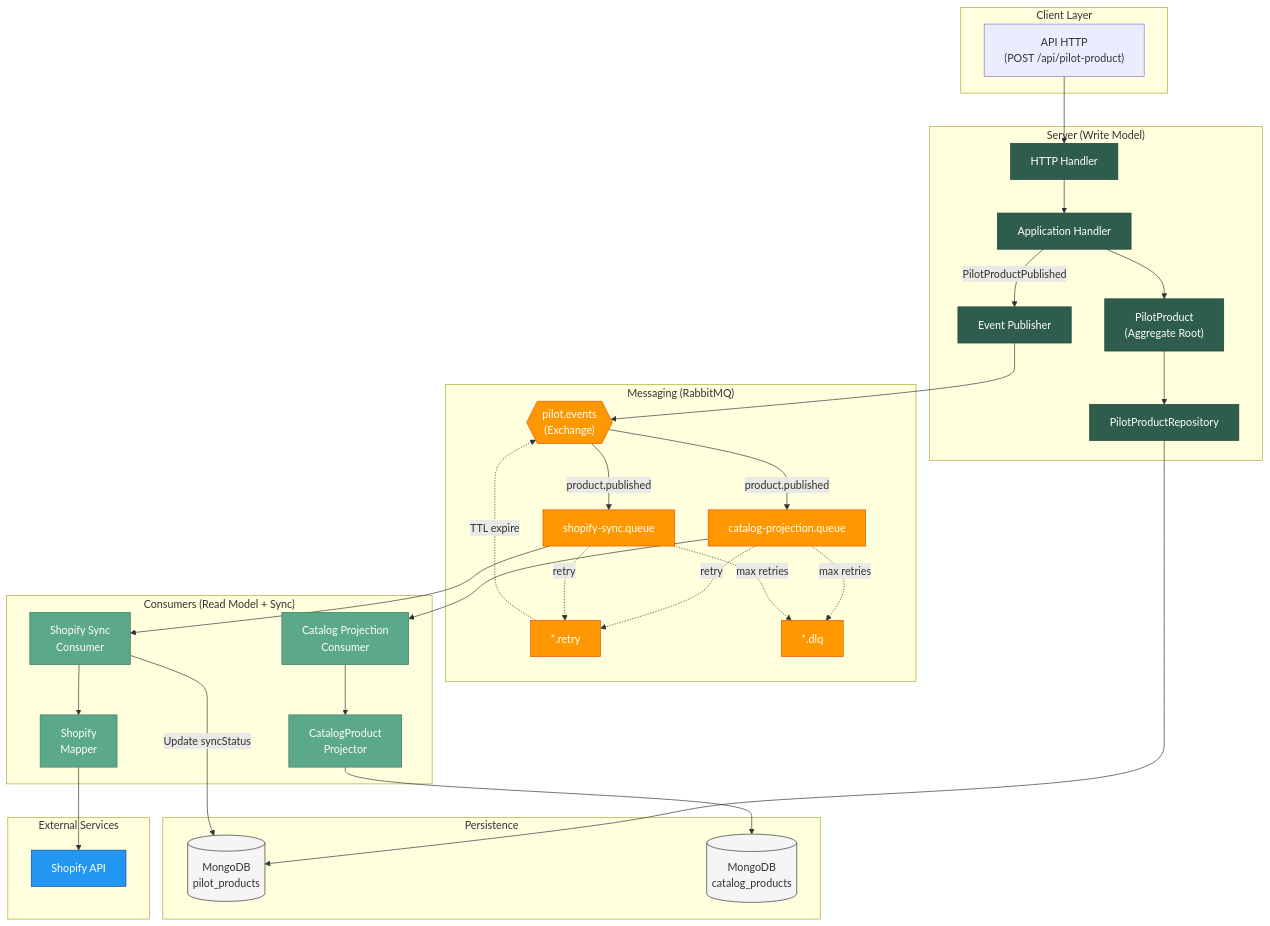
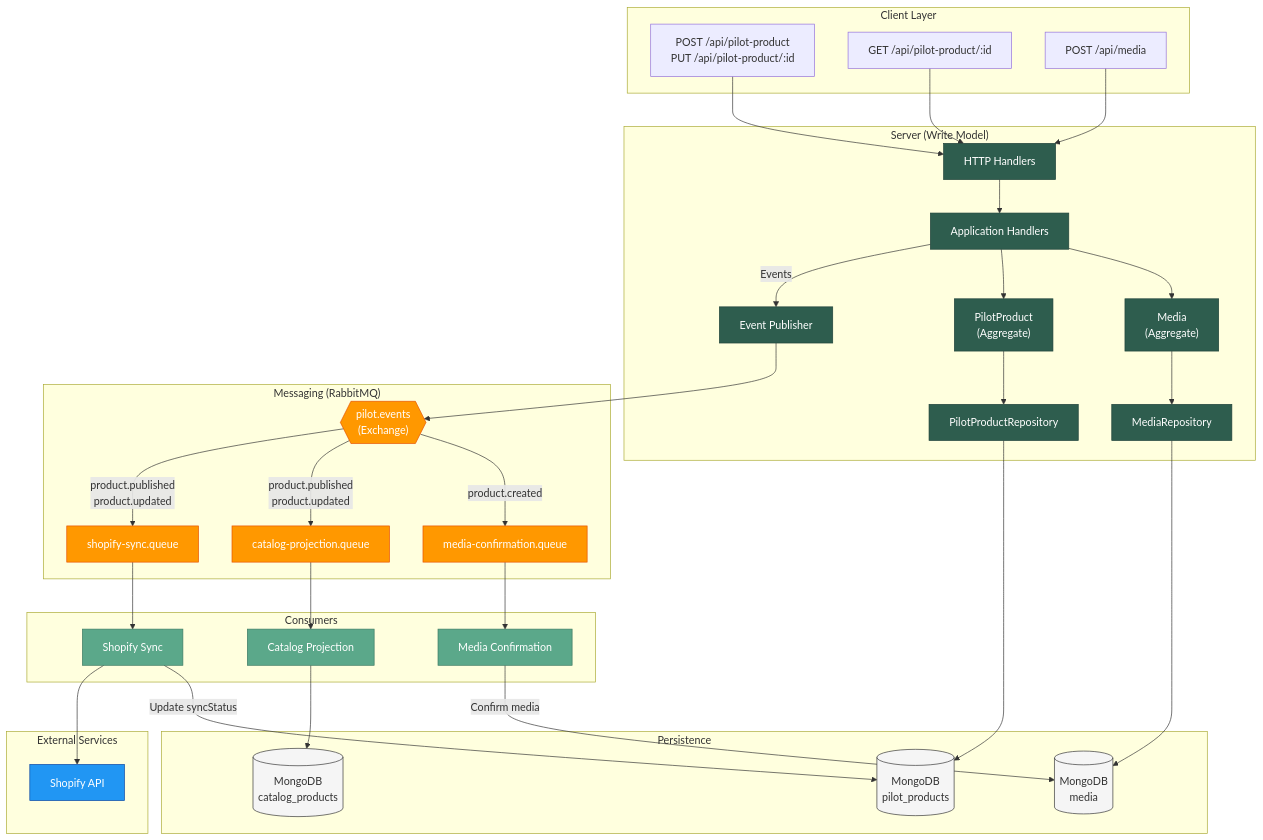
Before and after one commit to aagwali/maison-amane: the first of 2 diagrams in apps/docs/docs/architecture/overview.mdx, drawn with Mermaid. The commit also changed other lines of this file and 9 other files, not shown here.

````diff
--- a/apps/docs/docs/architecture/overview.mdx
+++ b/apps/docs/docs/architecture/overview.mdx
@@ -16,76 +16,80 @@
 ```mermaid
 flowchart TB
     subgraph Client["Client Layer"]
-        HTTP["API HTTP<br/>(POST /api/pilot-product)"]
+        HTTP_CMD["POST /api/pilot-product<br/>PUT /api/pilot-product/:id"]
+        HTTP_QUERY["GET /api/pilot-product/:id"]
+        HTTP_MEDIA["POST /api/media"]
     end
 
     subgraph Server["Server (Write Model)"]
-        Handler["HTTP Handler"]
-        AppHandler["Application Handler"]
-        Aggregate["PilotProduct<br/>(Aggregate Root)"]
-        Repo["PilotProductRepository"]
+        Handler["HTTP Handlers"]
+        AppHandler["Application Handlers"]
         Publisher["Event Publisher"]
+        PilotAggregate["PilotProduct<br/>(Aggregate)"]
+        MediaAggregate["Media<br/>(Aggregate)"]
+        PilotRepo["PilotProductRepository"]
+        MediaRepo["MediaRepository"]
     end
 
     subgraph Persistence["Persistence"]
-        MongoDB[(MongoDB<br/>pilot_products)]
-        CatalogDB[(MongoDB<br/>catalog_products)]
+        MongoDB_Catalog[(MongoDB<br/>catalog_products)]
+        MongoDB_Media[(MongoDB<br/>media)]
+        MongoDB_Pilot[(MongoDB<br/>pilot_products)]
     end
 
     subgraph Messaging["Messaging (RabbitMQ)"]
         Exchange{{"pilot.events<br/>(Exchange)"}}
         CatalogQueue["catalog-projection.queue"]
         ShopifyQueue["shopify-sync.queue"]
-        RetryQueue["*.retry"]
-        DLQ["*.dlq"]
+        MediaQueue["media-confirmation.queue"]
     end
 
-    subgraph Consumers["Consumers (Read Model + Sync)"]
-        CatalogConsumer["Catalog Projection<br/>Consumer"]
-        ShopifyConsumer["Shopify Sync<br/>Consumer"]
-        Projector["CatalogProduct<br/>Projector"]
-        ShopifyMapper["Shopify<br/>Mapper"]
+    subgraph Consumers["Consumers"]
+        ShopifyConsumer["Shopify Sync"]
+        CatalogConsumer["Catalog Projection"]
+        MediaConsumer["Media Confirmation"]
     end
 
     subgraph External["External Services"]
         Shopify["Shopify API"]
     end
 
-    HTTP --> Handler
+    HTTP_CMD --> Handler
+    HTTP_QUERY --> Handler
+    HTTP_MEDIA --> Handler
     Handler --> AppHandler
-    AppHandler --> Aggregate
-    Aggregate --> Repo
-    Repo --> MongoDB
-    AppHandler -->|"PilotProductPublished"| Publisher
+    AppHandler -->|"Events"| Publisher
+    AppHandler --> PilotAggregate
+    AppHandler --> MediaAggregate
     Publisher --> Exchange
+    PilotAggregate --> PilotRepo
+    MediaAggregate --> MediaRepo
+    PilotRepo --> MongoDB_Pilot
+    MediaRepo --> MongoDB_Media
 
-    Exchange -->|"product.published"| CatalogQueue
-    Exchange -->|"product.published"| ShopifyQueue
+    Exchange -->|"product.published<br/>product.updated"| ShopifyQueue
+    Exchange -->|"product.published<br/>product.updated"| CatalogQueue
+    Exchange -->|"product.created"| MediaQueue
+
+    ShopifyQueue --> ShopifyConsumer
+    ShopifyConsumer --> Shopify
+    ShopifyConsumer -->|"Update syncStatus"| MongoDB_Pilot
 
     CatalogQueue --> CatalogConsumer
-    CatalogConsumer --> Projector
-    Projector --> CatalogDB
+    CatalogConsumer --> MongoDB_Catalog
 
-    ShopifyQueue --> ShopifyConsumer
-    ShopifyConsumer --> ShopifyMapper
-    ShopifyMapper --> Shopify
-    ShopifyConsumer -->|"Update syncStatus"| MongoDB
-
-    CatalogQueue -.->|"retry"| RetryQueue
-    ShopifyQueue -.->|"retry"| RetryQueue
-    RetryQueue -.->|"TTL expire"| Exchange
-    CatalogQueue -.->|"max retries"| DLQ
-    ShopifyQueue -.->|"max retries"| DLQ
+    MediaQueue --> MediaConsumer
+    MediaConsumer -->|"Confirm media"| MongoDB_Media
 
     classDef primary fill:#2e5d4e,stroke:#1f4139,color:#fff
     classDef secondary fill:#5ba88a,stroke:#3c7962,color:#fff
     classDef storage fill:#f5f5f5,stroke:#333,color:#333
     classDef messaging fill:#ff9800,stroke:#e65100,color:#fff
     classDef external fill:#2196f3,stroke:#0d47a1,color:#fff
 
-    class Handler,AppHandler,Aggregate,Repo,Publisher primary
-    class CatalogConsumer,ShopifyConsumer,Projector,ShopifyMapper secondary
-    class MongoDB,CatalogDB storage
-    class Exchange,CatalogQueue,ShopifyQueue,RetryQueue,DLQ messaging
+    class Handler,AppHandler,PilotAggregate,MediaAggregate,PilotRepo,MediaRepo,Publisher primary
+    class CatalogConsumer,ShopifyConsumer,MediaConsumer secondary
+    class MongoDB_Pilot,MongoDB_Catalog,MongoDB_Media storage
+    class Exchange,CatalogQueue,ShopifyQueue,MediaQueue messaging
     class Shopify external
 ```
````
